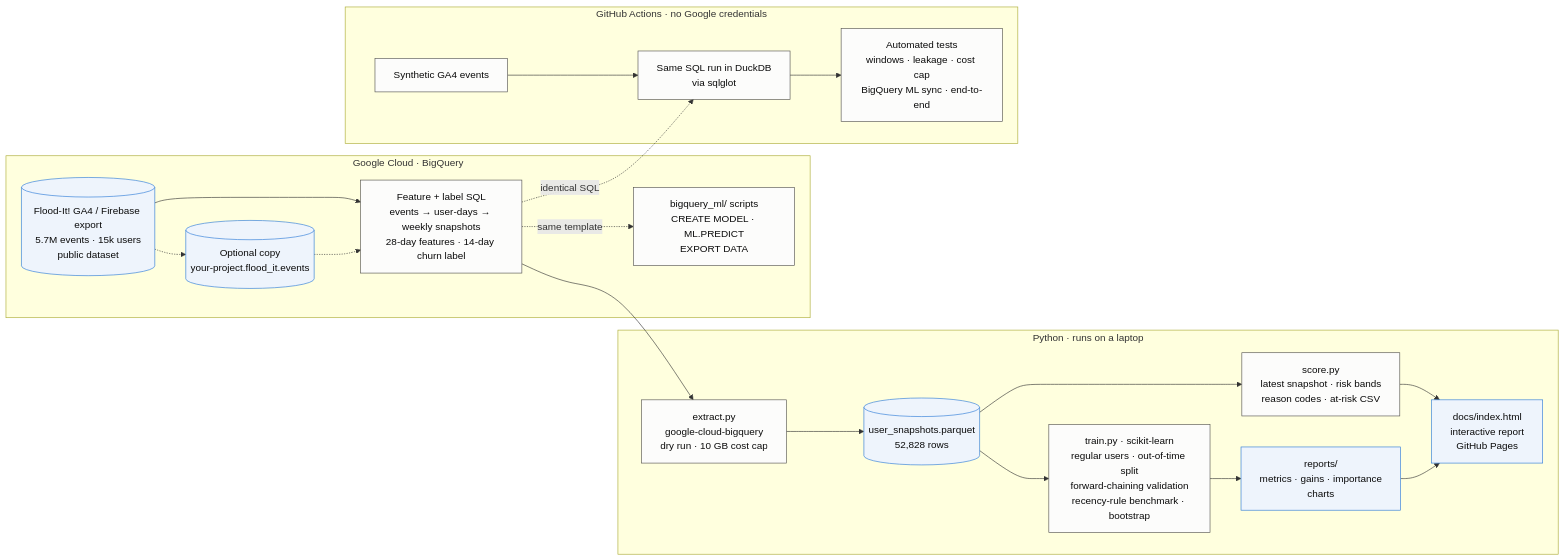
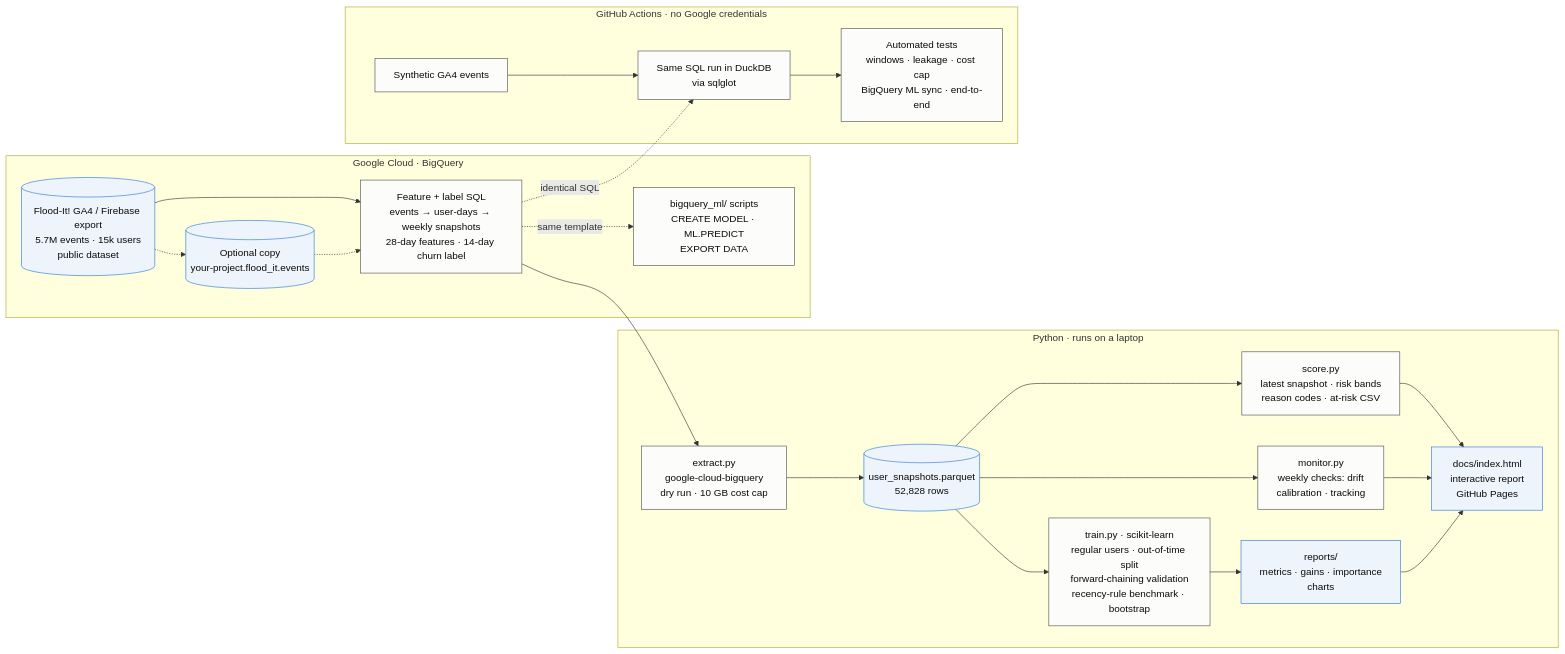
One commit to farooqfaraz2024/app-engagement-churn changed the first of 2 diagrams in README.md. Above: the diagram before and after it, drawn with Mermaid. The commit also changed other lines of this file and 8 other files, not shown here.

First line of the commit message:
Add model monitoring: weekly production checks and report section

````diff
--- a/README.md
+++ b/README.md
@@ -134,40 +172,42 @@
 ```mermaid
 flowchart LR
     subgraph GCP["Google Cloud · BigQuery"]
         RAW[("Flood-It! GA4 / Firebase export<br/>5.7M events · 15k users<br/>public dataset")]
         COPY[("Optional copy<br/>your-project.flood_it.events")]
         SQL["Feature + label SQL<br/>events → user-days → weekly snapshots<br/>28-day features · 14-day churn label"]
         BQML["bigquery_ml/ scripts<br/>CREATE MODEL · ML.PREDICT<br/>EXPORT DATA"]
         RAW -.-> COPY
         RAW --> SQL
         COPY -.-> SQL
     end
 
     subgraph PY["Python · runs on a laptop"]
         EXT["extract.py<br/>google-cloud-bigquery<br/>dry run · 10 GB cost cap"]
         PQ[("user_snapshots.parquet<br/>52,828 rows")]
         TRAIN["train.py · scikit-learn<br/>regular users · out-of-time split<br/>forward-chaining validation<br/>recency-rule benchmark · bootstrap"]
         REP["reports/<br/>metrics · gains · importance<br/>charts"]
         SCORE["score.py<br/>latest snapshot · risk bands<br/>reason codes · at-risk CSV"]
         HTML["docs/index.html<br/>interactive report<br/>GitHub Pages"]
         EXT --> PQ --> TRAIN --> REP
+        MON["monitor.py<br/>weekly checks: drift<br/>calibration · tracking"]
         PQ --> SCORE --> HTML
+        PQ --> MON --> HTML
         REP --> HTML
     end
 
     subgraph CI["GitHub Actions · no Google credentials"]
         SYN["Synthetic GA4 events"]
         DUCK["Same SQL run in DuckDB<br/>via sqlglot"]
         TESTS["Automated tests<br/>windows · leakage · cost cap<br/>BigQuery ML sync · end-to-end"]
         SYN --> DUCK --> TESTS
     end
 
     SQL --> EXT
     SQL -. "same template" .-> BQML
     SQL -. "identical SQL" .-> DUCK
 
     classDef store fill:#eef4fc,stroke:#2a78d6,color:#0b0b0b
     classDef step fill:#fcfcfb,stroke:#52514e,color:#0b0b0b
     class RAW,COPY,PQ,REP,HTML store
-    class SQL,BQML,EXT,TRAIN,SCORE,SYN,DUCK,TESTS step
+    class SQL,BQML,EXT,TRAIN,SCORE,MON,SYN,DUCK,TESTS step
 ```
````
